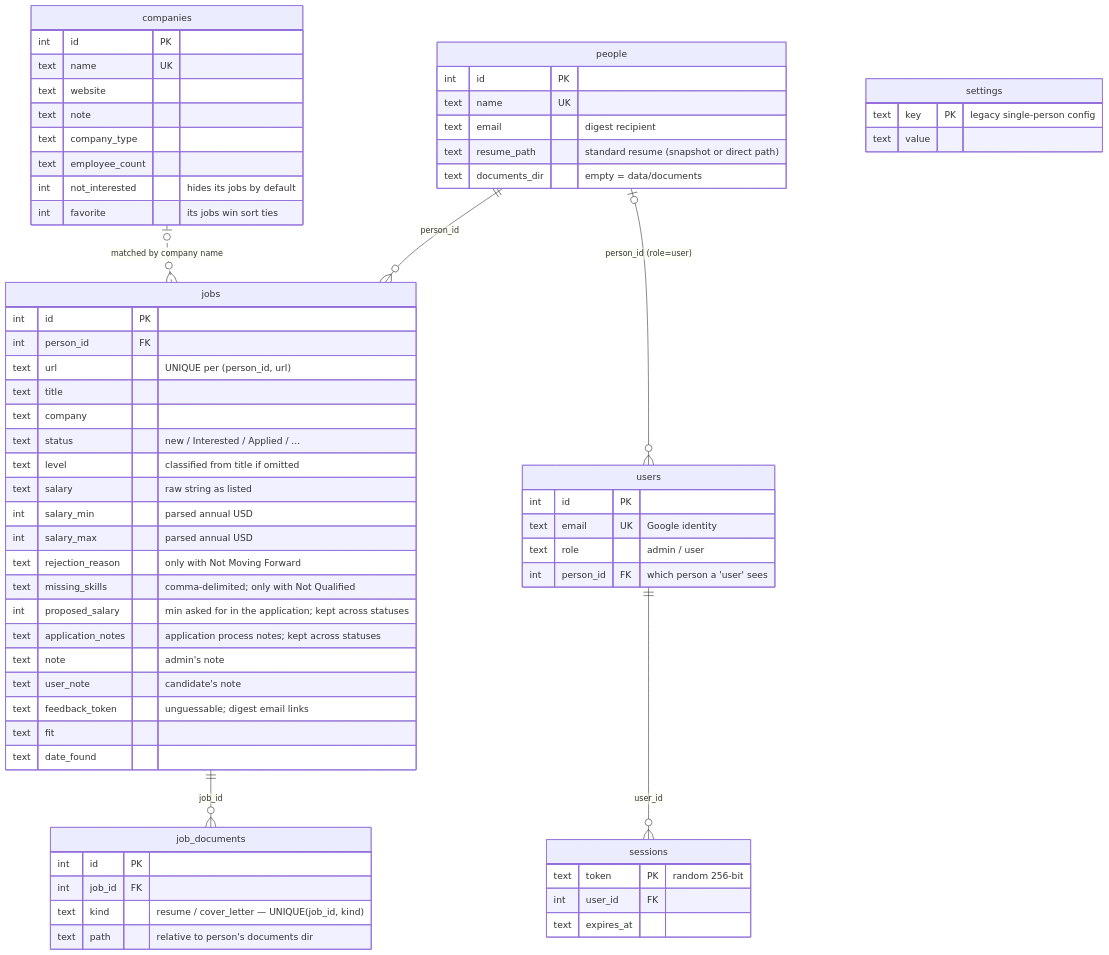
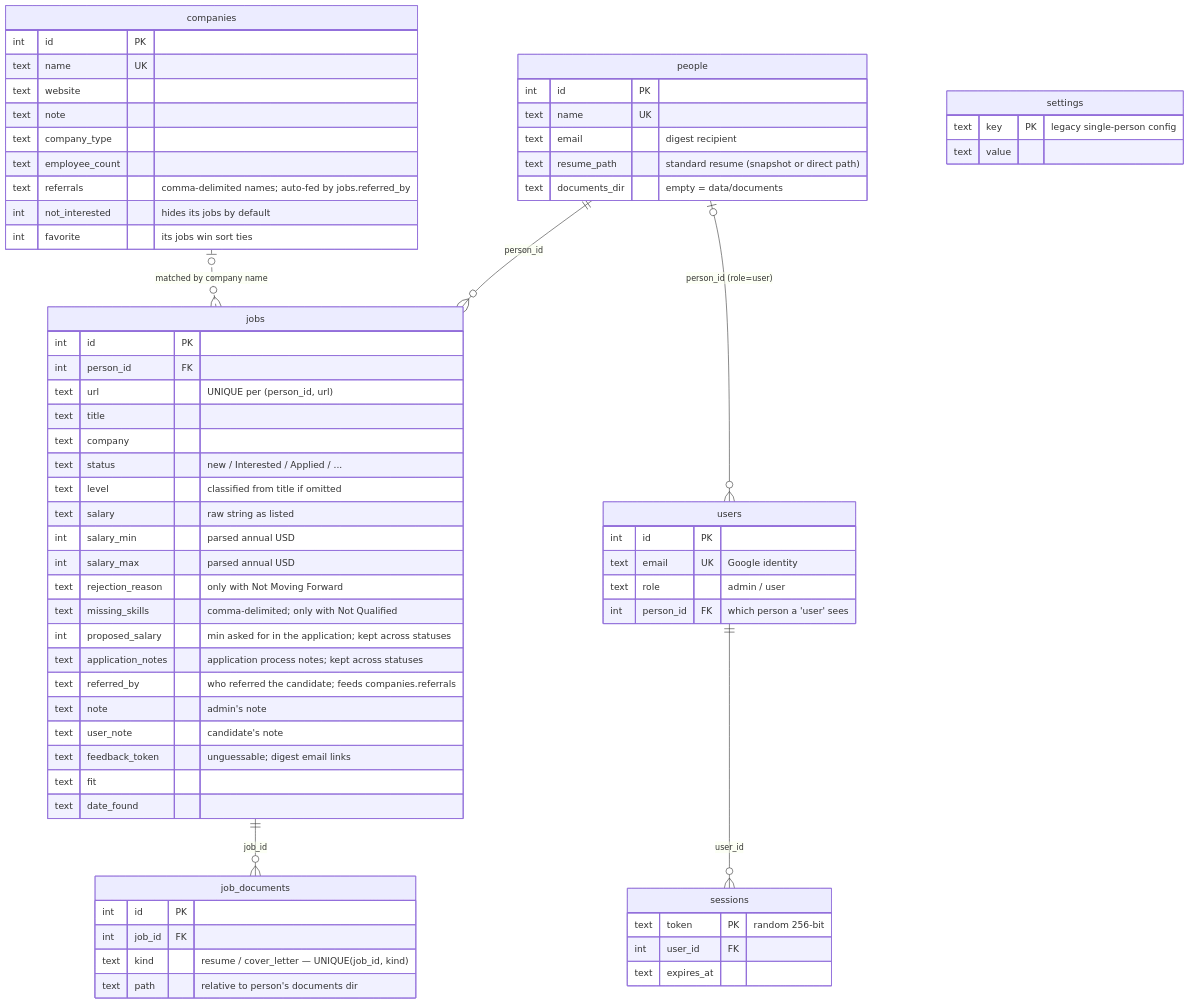
One commit to ianlee74/JobTracker changed the third of 7 diagrams in Architecture.md. Above: the diagram before and after it, drawn with Mermaid. The commit also changed 10 other files, not shown here.

First line of the commit message:
Record who referred the candidate to a job, with per-company referral lists

````diff
--- a/Architecture.md
+++ b/Architecture.md
@@ -151,68 +151,70 @@
 ```mermaid
 erDiagram
     people ||--o{ jobs : "person_id"
     people |o--o{ users : "person_id (role=user)"
     users ||--o{ sessions : "user_id"
     jobs ||--o{ job_documents : "job_id"
     companies |o..o{ jobs : "matched by company name"
 
     people {
         int id PK
         text name UK
         text email "digest recipient"
         text resume_path "standard resume (snapshot or direct path)"
         text documents_dir "empty = data/documents"
     }
     users {
         int id PK
         text email UK "Google identity"
         text role "admin / user"
         int person_id FK "which person a 'user' sees"
     }
     sessions {
         text token PK "random 256-bit"
         int user_id FK
         text expires_at
     }
     jobs {
         int id PK
         int person_id FK
         text url "UNIQUE per (person_id, url)"
         text title
         text company
         text status "new / Interested / Applied / ..."
         text level "classified from title if omitted"
         text salary "raw string as listed"
         int salary_min "parsed annual USD"
         int salary_max "parsed annual USD"
         text rejection_reason "only with Not Moving Forward"
         text missing_skills "comma-delimited; only with Not Qualified"
         int proposed_salary "min asked for in the application; kept across statuses"
         text application_notes "application process notes; kept across statuses"
+        text referred_by "who referred the candidate; feeds companies.referrals"
         text note "admin's note"
         text user_note "candidate's note"
         text feedback_token "unguessable; digest email links"
         text fit
         text date_found
     }
     companies {
         int id PK
         text name UK
         text website
         text note
         text company_type
         text employee_count
+        text referrals "comma-delimited names; auto-fed by jobs.referred_by"
         int not_interested "hides its jobs by default"
         int favorite "its jobs win sort ties"
     }
     job_documents {
         int id PK
         int job_id FK
         text kind "resume / cover_letter — UNIQUE(job_id, kind)"
         text path "relative to person's documents dir"
     }
     settings {
         text key PK "legacy single-person config"
         text value
     }
 ```
````
